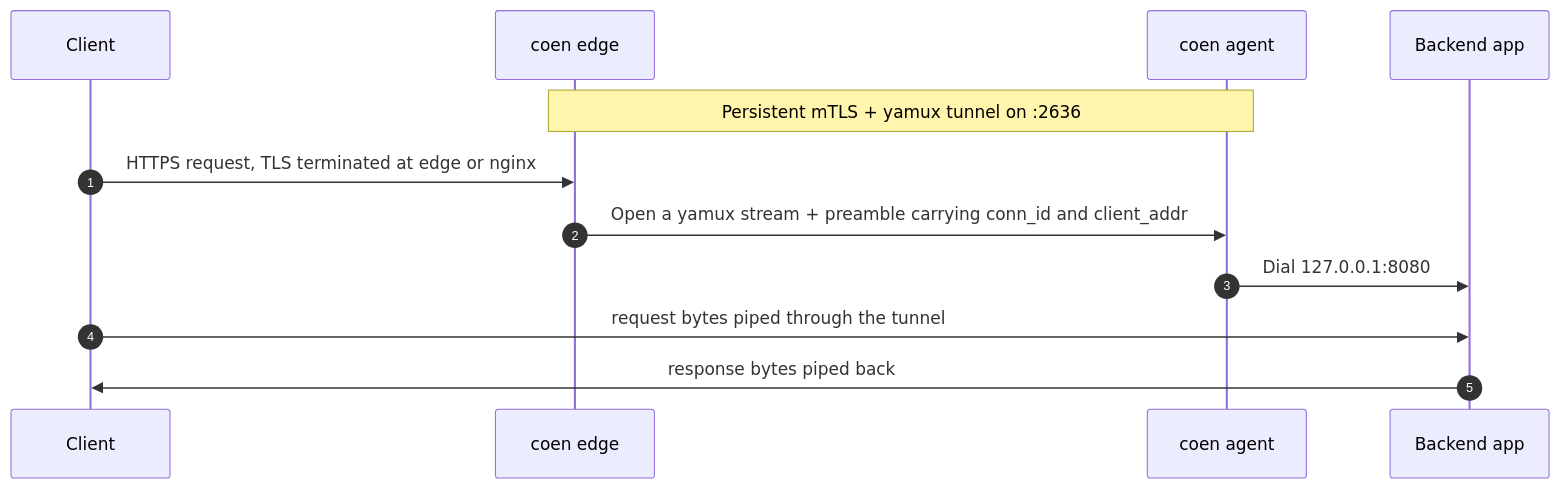
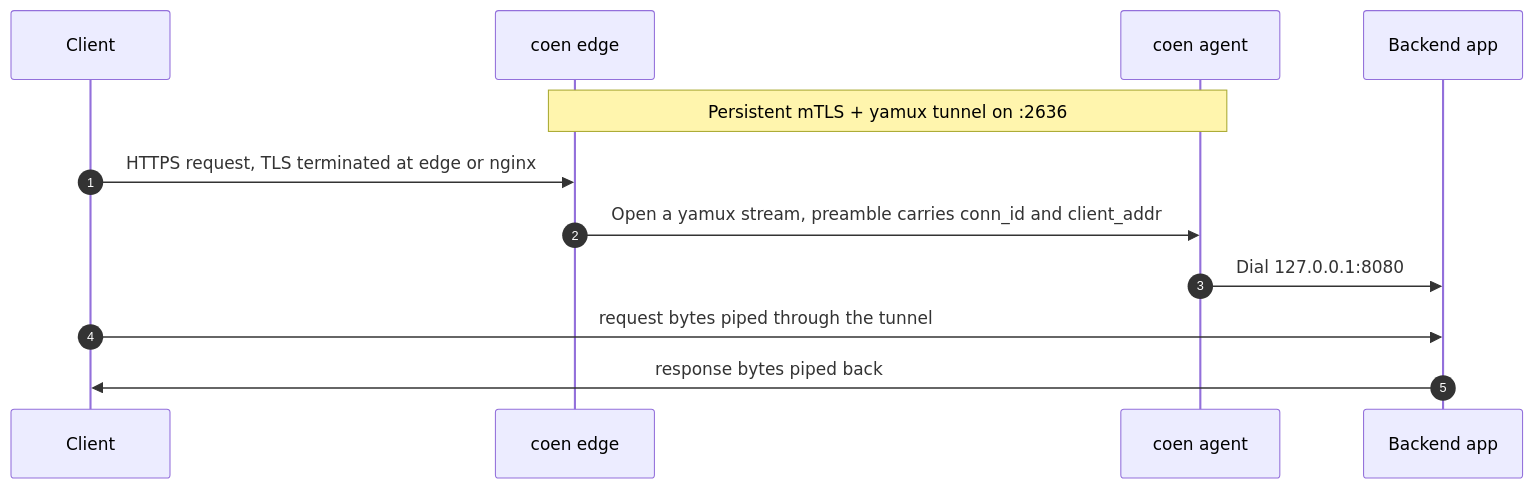
Before and after one commit to baspeters/coen: the second of 4 diagrams in README.md, drawn with Mermaid. The commit also changed other lines of this file, not shown here.

````diff
--- a/README.md
+++ b/README.md
@@ -129,14 +119,14 @@
 ```mermaid
 sequenceDiagram
     autonumber
     participant C as Client
     participant E as coen edge
     participant A as coen agent
     participant B as Backend app
     Note over E,A: Persistent mTLS + yamux tunnel on :2636
     C->>E: HTTPS request, TLS terminated at edge or nginx
-    E->>A: Open a yamux stream + preamble carrying conn_id and client_addr
+    E->>A: Open a yamux stream, preamble carries conn_id and client_addr
     A->>B: Dial 127.0.0.1:8080
     C->>B: request bytes piped through the tunnel
     B->>C: response bytes piped back
 ```
````
